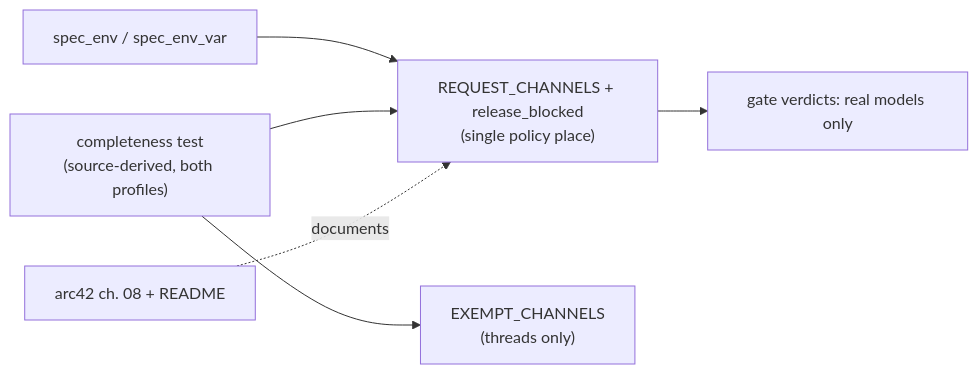
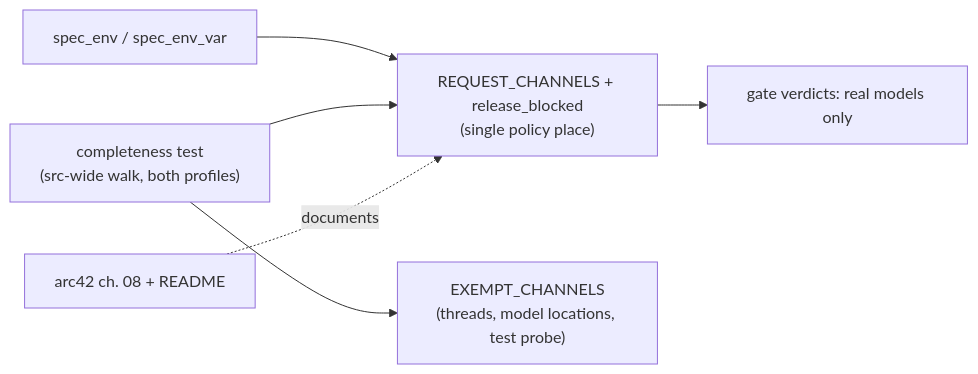
The diagram in givn/changes/release-override-hardening/design.md (buster/givn), drawn with Mermaid before and after one commit. The commit also changed other lines of this file and 9 other files, not shown here.

Commit message:
feat(release-override-hardening): src-wide channel drift net, release-proof scenarios, and policy documentation

````diff
--- a/givn/changes/release-override-hardening/design.md
+++ b/givn/changes/release-override-hardening/design.md
@@ -62,8 +69,8 @@
 ```mermaid
 flowchart LR
     R[spec_env / spec_env_var] --> P["REQUEST_CHANNELS + release_blocked<br/>(single policy place)"]
-    T["completeness test<br/>(source-derived, both profiles)"] --> P
-    T --> X["EXEMPT_CHANNELS<br/>(threads only)"]
+    T["completeness test<br/>(src-wide walk, both profiles)"] --> P
+    T --> X["EXEMPT_CHANNELS<br/>(threads, model locations, test probe)"]
     P --> V["gate verdicts: real models only"]
     D[arc42 ch. 08 + README] -.documents.-> P
 ```
````
